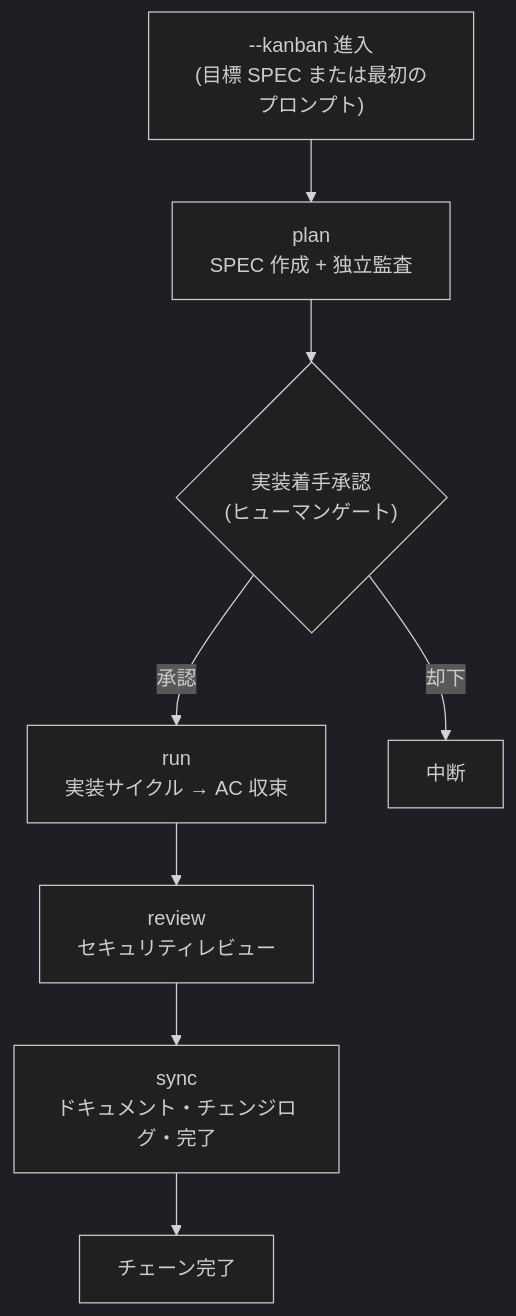
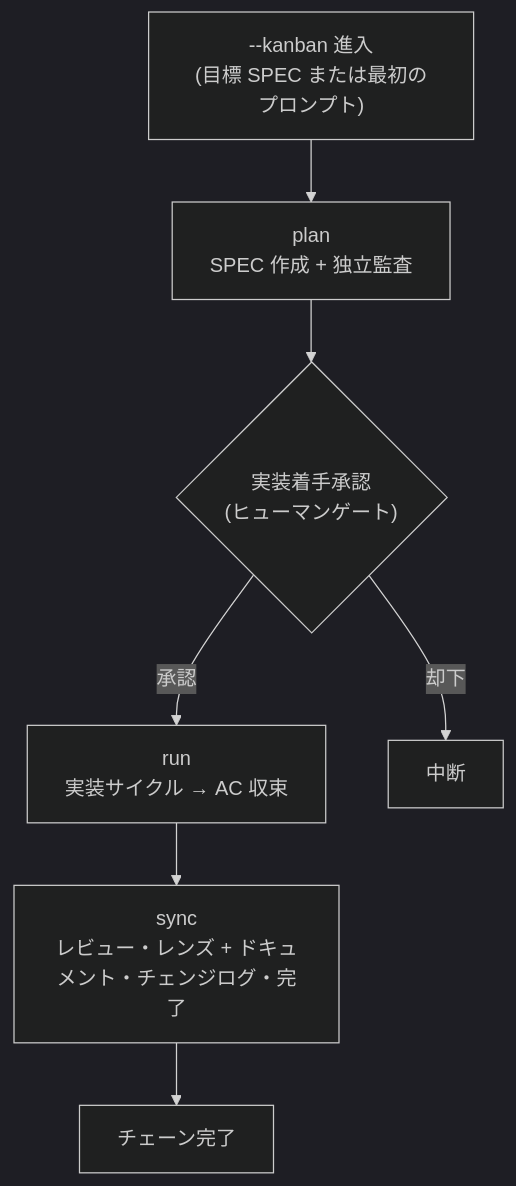
Before and after one commit to modu-ai/moai-adk: the second of 2 diagrams in docs-site/content/ja/advanced/kanban-mode.md, drawn with Mermaid (dark theme). The commit also changed other lines of this file and 16 other files, not shown here.

````diff
--- a/docs-site/content/ja/advanced/kanban-mode.md
+++ b/docs-site/content/ja/advanced/kanban-mode.md
@@ -208,10 +207,9 @@
 ```mermaid
 flowchart TD
     Entry["--kanban 進入<br/>(目標 SPEC または最初のプロンプト)"] --> Plan["plan<br/>SPEC 作成 + 独立監査"]
     Plan --> Gate1{"実装着手承認<br/>(ヒューマンゲート)"}
     Gate1 -->|"承認"| Run["run<br/>実装サイクル → AC 収束"]
     Gate1 -->|"却下"| Stop1["中断"]
-    Run --> Review["review<br/>セキュリティレビュー"]
-    Review --> Sync["sync<br/>ドキュメント・チェンジログ・完了"]
+    Run --> Sync["sync<br/>レビュー・レンズ + ドキュメント・チェンジログ・完了"]
     Sync --> Done["チェーン完了"]
 ```
````
